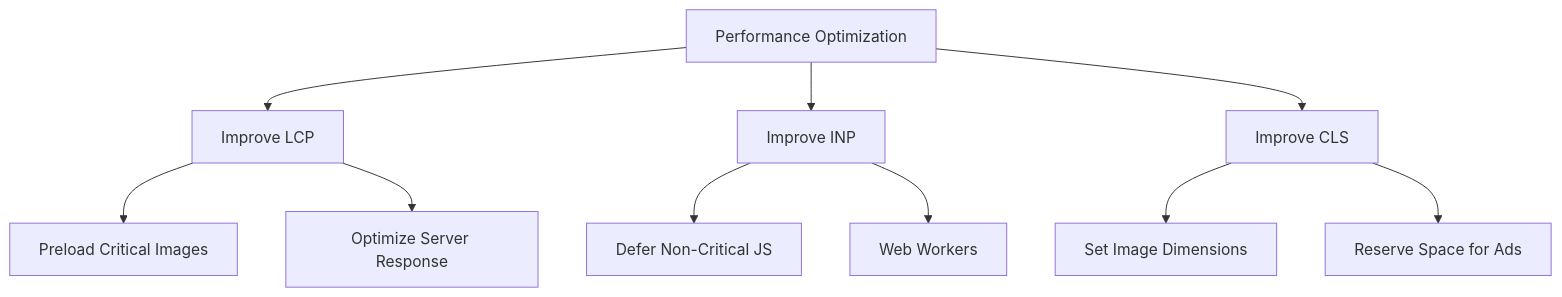
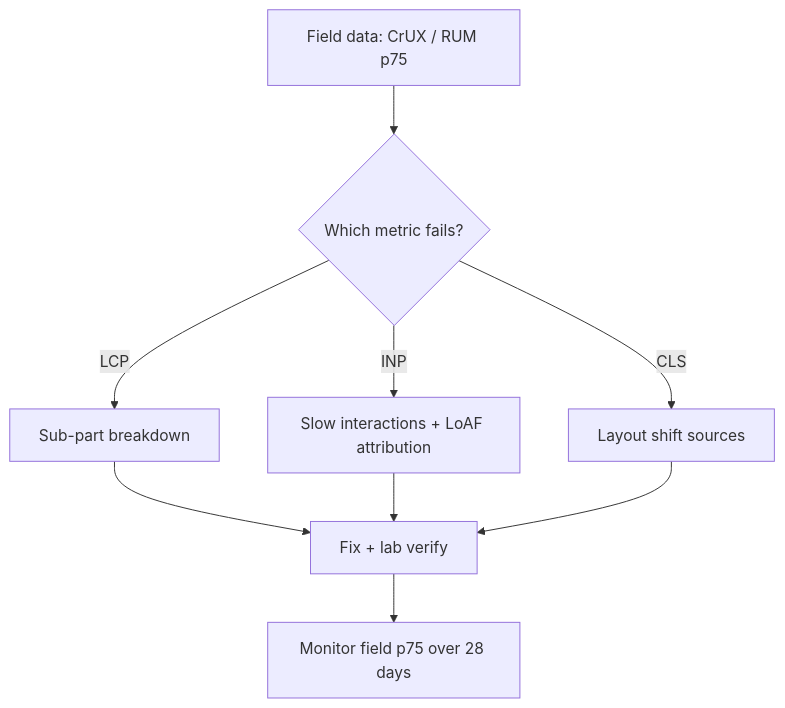
Before and after one commit to j4flmao/agent-skills: the diagram in skills/web/performance/SKILL.md, drawn with Mermaid. The commit also changed other lines of this file and 1218 other files, not shown here.

````diff
--- a/skills/web/performance/SKILL.md
+++ b/skills/web/performance/SKILL.md
@@ -14,13 +134,11 @@
 ```mermaid
-%%{init: {"theme": "default", "flowchart": {"useMaxWidth": true}}}%%
 flowchart TD
-    A[Performance Optimization] --> B[Improve LCP]
-    A --> C[Improve INP]
-    A --> D[Improve CLS]
-    B --> B1[Preload Critical Images]
-    B --> B2[Optimize Server Response]
-    C --> C1[Defer Non-Critical JS]
-    C --> C2[Web Workers]
-    D --> D1[Set Image Dimensions]
-    D --> D2[Reserve Space for Ads]
+    F[Field data: CrUX / RUM p75] --> W{Which metric fails?}
+    W -->|LCP| L[Sub-part breakdown]
+    W -->|INP| I[Slow interactions + LoAF attribution]
+    W -->|CLS| C[Layout shift sources]
+    L --> X[Fix + lab verify]
+    I --> X
+    C --> X
+    X --> M[Monitor field p75 over 28 days]
 ```
````
